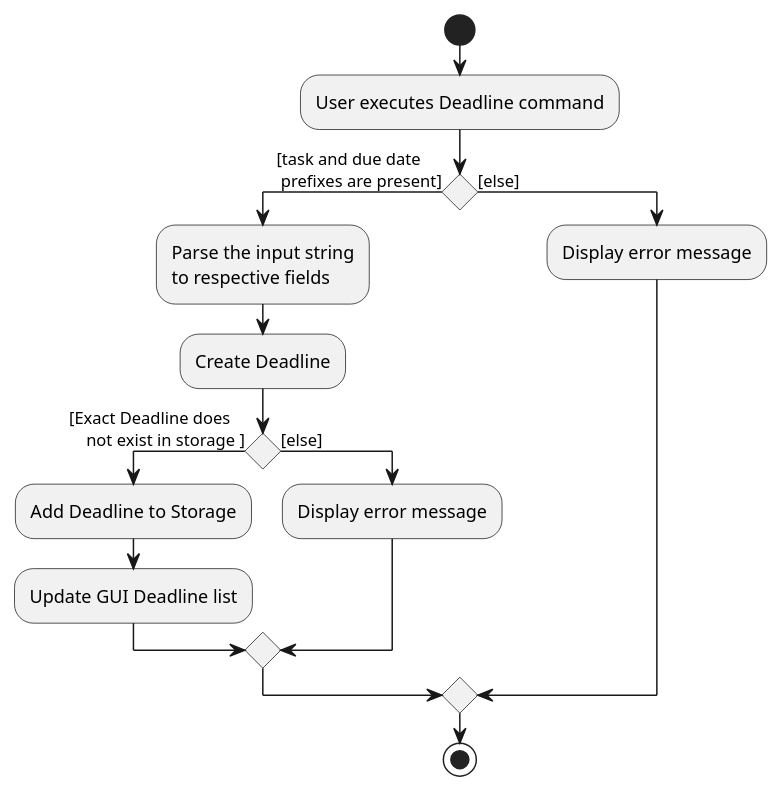
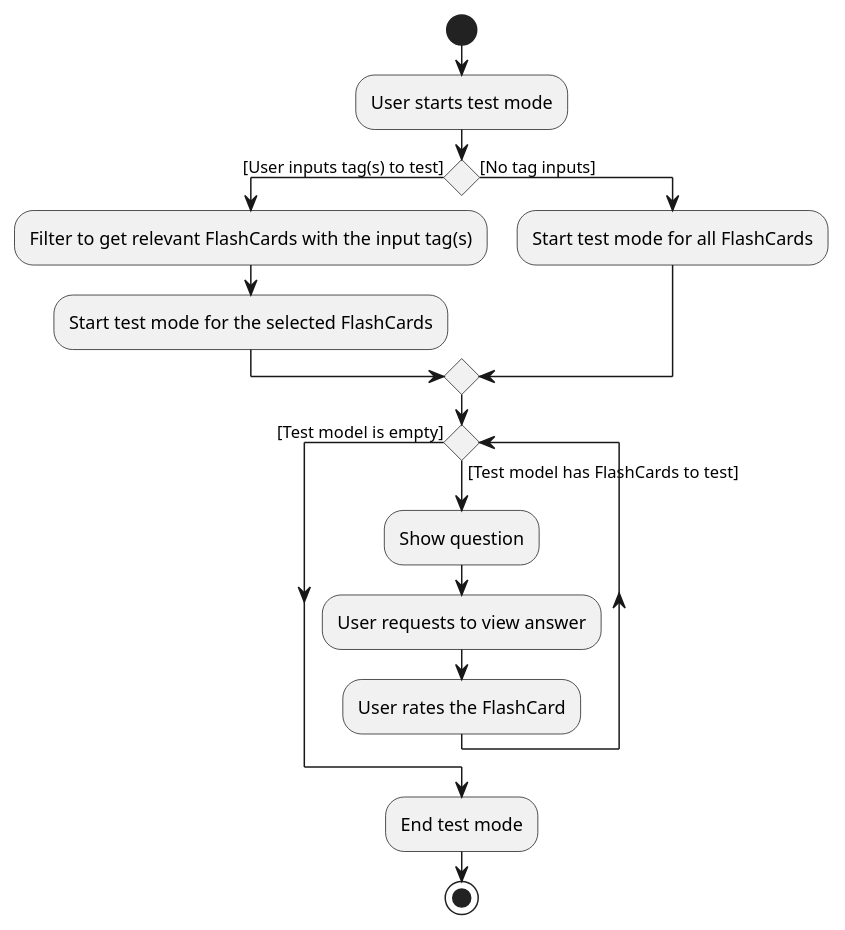
The diagram in docs/diagrams/TestModeActivityDiagram.puml (nus-cs2103-AY1920S1/addressbook-level3), drawn with PlantUML before and after one commit. The commit also changed 1 other file, not shown here.

Commit message:
Update activity diagram puml

```diff
--- a/docs/diagrams/TestModeActivityDiagram.puml
+++ b/docs/diagrams/TestModeActivityDiagram.puml
@@ -1,24 +1,21 @@
 @startuml
 start
-:User executes Deadline command;
+:User starts test mode;
 
 'Since the beta syntax does not support placing the condition outside the
 'diamond we place it as the true branch instead.
 
-if () then ([task and due date
- prefixes are present])
-    :Parse the input string
-    to respective fields;
-    :Create Deadline;
-    if () then([Exact Deadline does
-    not exist in storage ])
-      :Add Deadline to Storage;
-      :Update GUI Deadline list;
-    else ([else])
-      :Display error message;
-    endif
-else ([else])
-  :Display error message;
+if () then ([User inputs tag(s) to test])
+    :Filter to get relevant FlashCards with the input tag(s);
+    :Start test mode for the selected FlashCards;
+else ([No tag inputs])
+  :Start test mode for all FlashCards;
 endif
+while () is ([Test model has FlashCards to test])
+    :Show question;
+    :User requests to view answer;
+    :User rates the FlashCard;
+endwhile ([Test model is empty])
+:End test mode;
 stop
 @enduml
```
